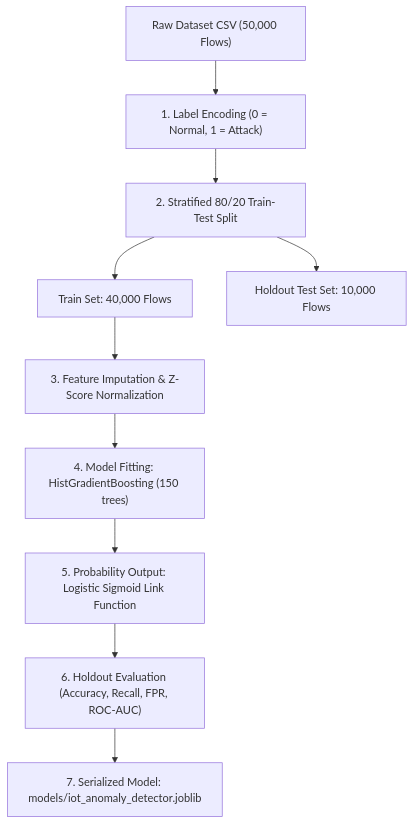
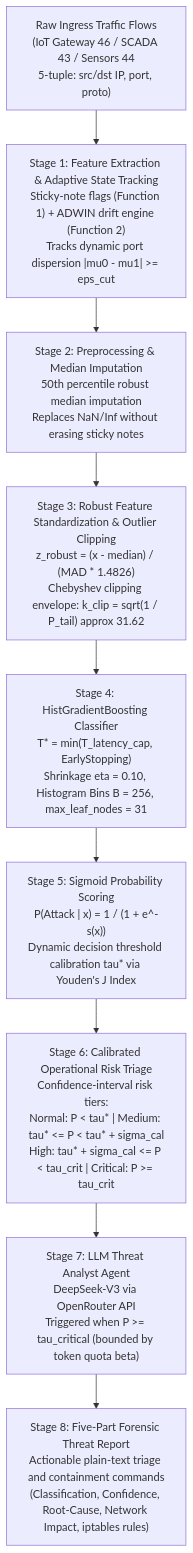
Before and after one commit to kuechanchessika/iot-behavioral-anomaly-detection-: the first of 2 diagrams in AI_TRAINING_AND_DETECTION_REPORT.md, drawn with Mermaid. The commit also changed other lines of this file and 15 other files, not shown here.

Commit message:
feat: renovate Layer 2 anomaly detection pipeline with ADWIN and adaptive formulations (Week 8 & Week 9); clean obsolete synthetic files

````diff
--- a/AI_TRAINING_AND_DETECTION_REPORT.md
+++ b/AI_TRAINING_AND_DETECTION_REPORT.md
@@ -31,12 +26,11 @@
 ```mermaid
 flowchart TD
-    A["Raw Dataset CSV (50,000 Flows)"] --> B["1. Label Encoding (0 = Normal, 1 = Attack)"]
-    B --> C["2. Stratified 80/20 Train-Test Split"]
-    C --> D["Train Set: 40,000 Flows"]
-    C --> E["Holdout Test Set: 10,000 Flows"]
-    D --> F["3. Feature Imputation & Z-Score Normalization"]
-    F --> G["4. Model Fitting: HistGradientBoosting (150 trees)"]
-    G --> H["5. Probability Output: Logistic Sigmoid Link Function"]
-    H --> I["6. Holdout Evaluation (Accuracy, Recall, FPR, ROC-AUC)"]
-    I --> J["7. Serialized Model: models/iot_anomaly_detector.joblib"]
+    A["Raw Ingress Traffic Flows\n(IoT Gateway 46 / SCADA 43 / Sensors 44\n5-tuple: src/dst IP, port, proto)"] --> B["Stage 1: Feature Extraction & Adaptive State Tracking\nSticky-note flags (Function 1) + ADWIN drift engine (Function 2)\nTracks dynamic port dispersion |mu0 - mu1| >= eps_cut"]
+    B --> C["Stage 2: Preprocessing & Median Imputation\n50th percentile robust median imputation\nReplaces NaN/Inf without erasing sticky notes"]
+    C --> D["Stage 3: Robust Feature Standardization & Outlier Clipping\nz_robust = (x - median) / (MAD * 1.4826)\nChebyshev clipping envelope: k_clip = sqrt(1 / P_tail) approx 31.62"]
+    D --> E["Stage 4: HistGradientBoosting Classifier\nT* = min(T_latency_cap, EarlyStopping)\nShrinkage eta = 0.10, Histogram Bins B = 256, max_leaf_nodes = 31"]
+    E --> F["Stage 5: Sigmoid Probability Scoring\nP(Attack | x) = 1 / (1 + e^-s(x))\nDynamic decision threshold calibration tau* via Youden's J Index"]
+    F --> G["Stage 6: Calibrated Operational Risk Triage\nConfidence-interval risk tiers:\nNormal: P < tau* | Medium: tau* <= P < tau* + sigma_cal\nHigh: tau* + sigma_cal <= P < tau_crit | Critical: P >= tau_crit"]
+    G --> H["Stage 7: LLM Threat Analyst Agent\nDeepSeek-V3 via OpenRouter API\nTriggered when P >= tau_critical (bounded by token quota beta)"]
+    H --> I["Stage 8: Five-Part Forensic Threat Report\nActionable plain-text triage and containment commands\n(Classification, Confidence, Root-Cause, Network Impact, iptables rules)"]
 ```
````
